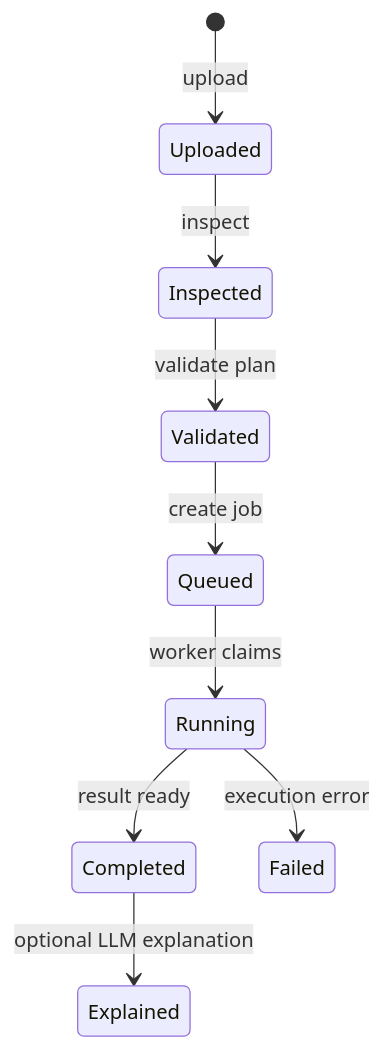
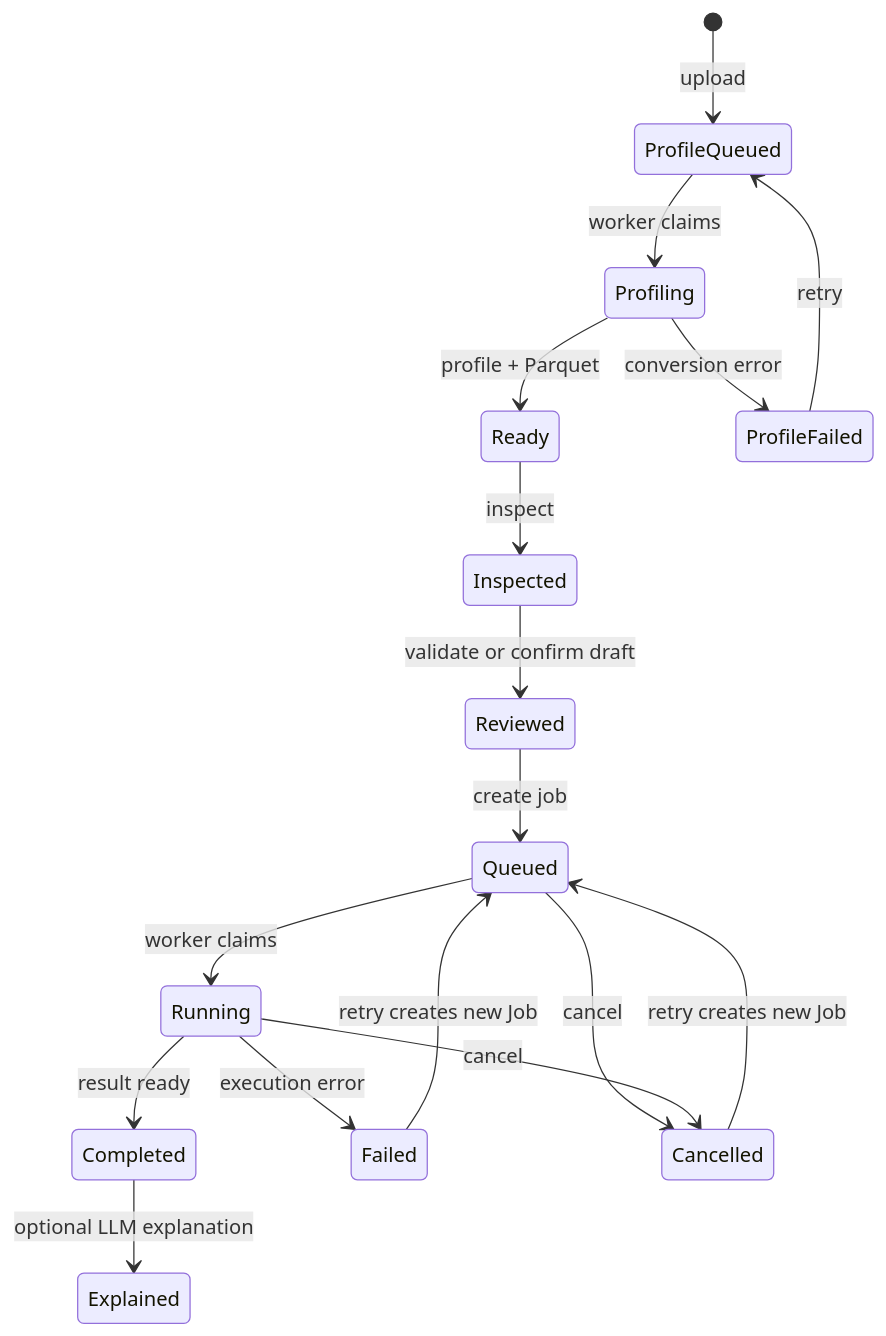
One commit to aa31553/LM_Agent changed the diagram in docs/Frontend_File_Upload_Guide.md. Above: the diagram before and after it, drawn with Mermaid. The commit also changed other lines of this file and 7 other files, not shown here.

````diff
--- a/docs/Frontend_File_Upload_Guide.md
+++ b/docs/Frontend_File_Upload_Guide.md
@@ -407,11 +407,19 @@
 ```mermaid
 stateDiagram-v2
-    [*] --> Uploaded: upload
-    Uploaded --> Inspected: inspect
-    Inspected --> Validated: validate plan
-    Validated --> Queued: create job
+    [*] --> ProfileQueued: upload
+    ProfileQueued --> Profiling: worker claims
+    Profiling --> Ready: profile + Parquet
+    Profiling --> ProfileFailed: conversion error
+    ProfileFailed --> ProfileQueued: retry
+    Ready --> Inspected: inspect
+    Inspected --> Reviewed: validate or confirm draft
+    Reviewed --> Queued: create job
     Queued --> Running: worker claims
     Running --> Completed: result ready
     Running --> Failed: execution error
+    Queued --> Cancelled: cancel
+    Running --> Cancelled: cancel
+    Failed --> Queued: retry creates new Job
+    Cancelled --> Queued: retry creates new Job
     Completed --> Explained: optional LLM explanation
 ```
````
